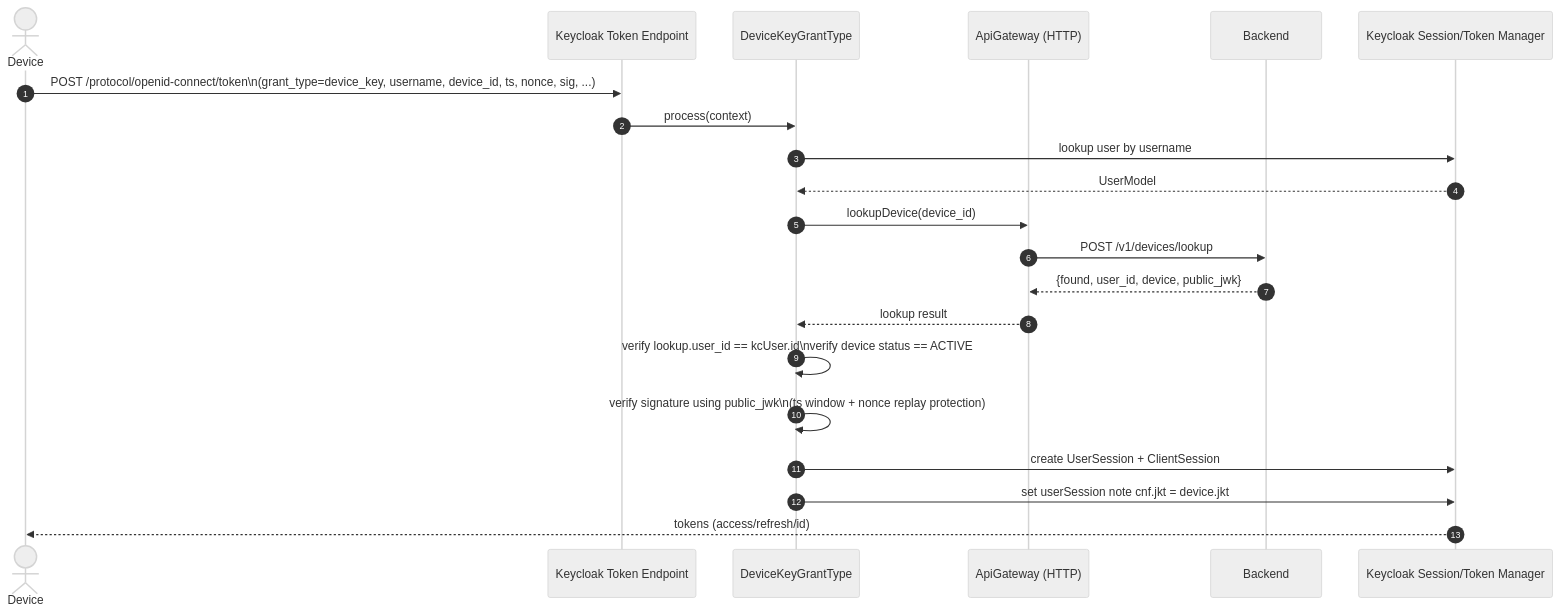
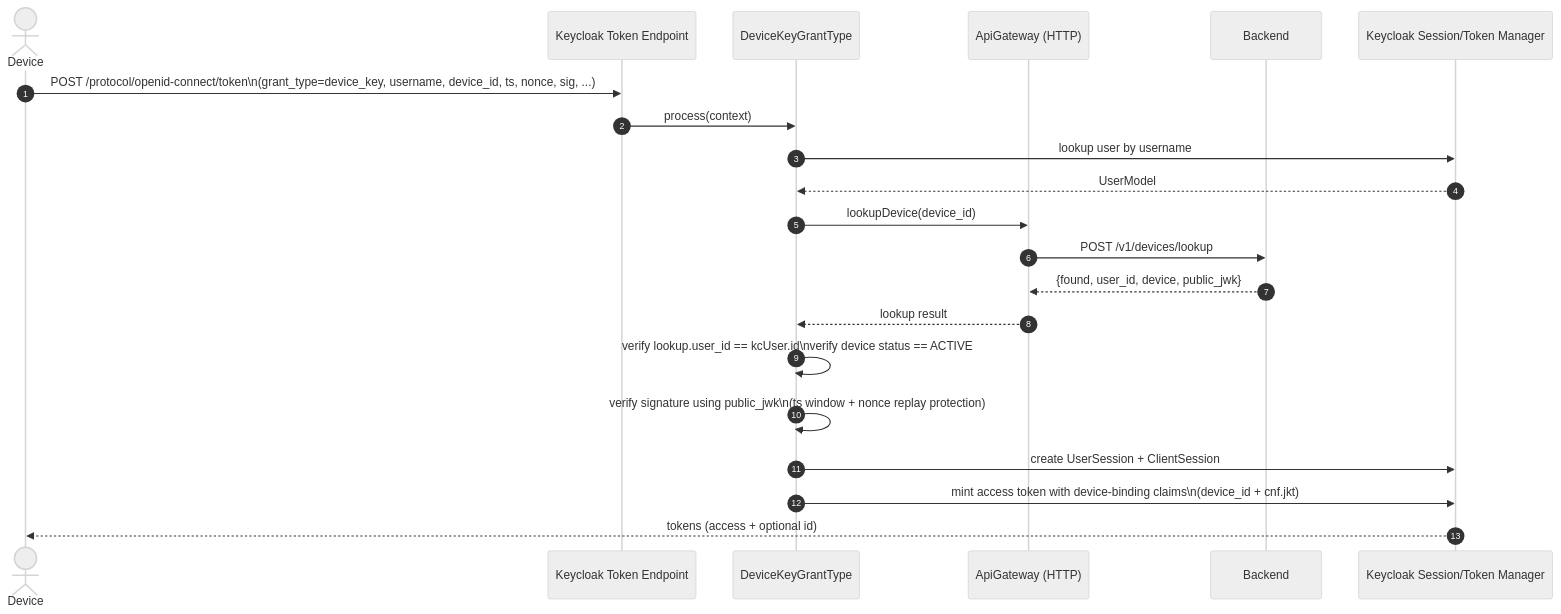
The second of 2 diagrams in docs/WORKFLOWS/current-device-key-grant.md (stephane-segning/keycloak-keybound), drawn with Mermaid (neutral theme) before and after one commit. The commit also changed other lines of this file and 6 other files, not shown here.

Commit message:
feat: enhance documentation and update device key grant implementation for clarity and accuracy

````diff
--- a/docs/WORKFLOWS/current-device-key-grant.md
+++ b/docs/WORKFLOWS/current-device-key-grant.md
@@ -22,28 +22,28 @@
 ```mermaid
 sequenceDiagram
 autonumber
 actor Device
 participant Token as Keycloak Token Endpoint
 participant Grant as DeviceKeyGrantType
 participant Api as ApiGateway (HTTP)
 participant BE as Backend
 participant KC as Keycloak Session/Token Manager
 
 Device->>Token: POST /protocol/openid-connect/token\n(grant_type=device_key, username, device_id, ts, nonce, sig, ...)
 Token->>Grant: process(context)
 
 Grant->>KC: lookup user by username
 KC-->>Grant: UserModel
 
 Grant->>Api: lookupDevice(device_id)
 Api->>BE: POST /v1/devices/lookup
 BE-->>Api: {found, user_id, device, public_jwk}
 Api-->>Grant: lookup result
 
 Grant->>Grant: verify lookup.user_id == kcUser.id\nverify device status == ACTIVE
 Grant->>Grant: verify signature using public_jwk\n(ts window + nonce replay protection)
 
 Grant->>KC: create UserSession + ClientSession
-Grant->>KC: set userSession note cnf.jkt = device.jkt
-KC-->>Device: tokens (access/refresh/id)
+Grant->>KC: mint access token with device-binding claims\n(device_id + cnf.jkt)
+KC-->>Device: tokens (access + optional id)
 ```
````
